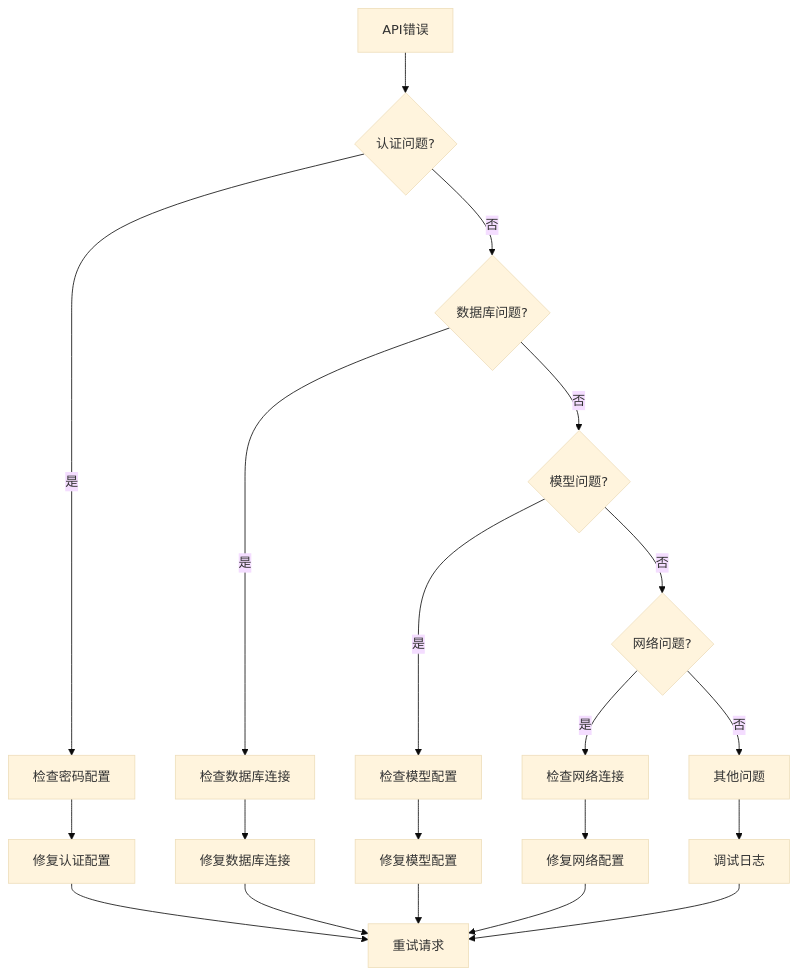
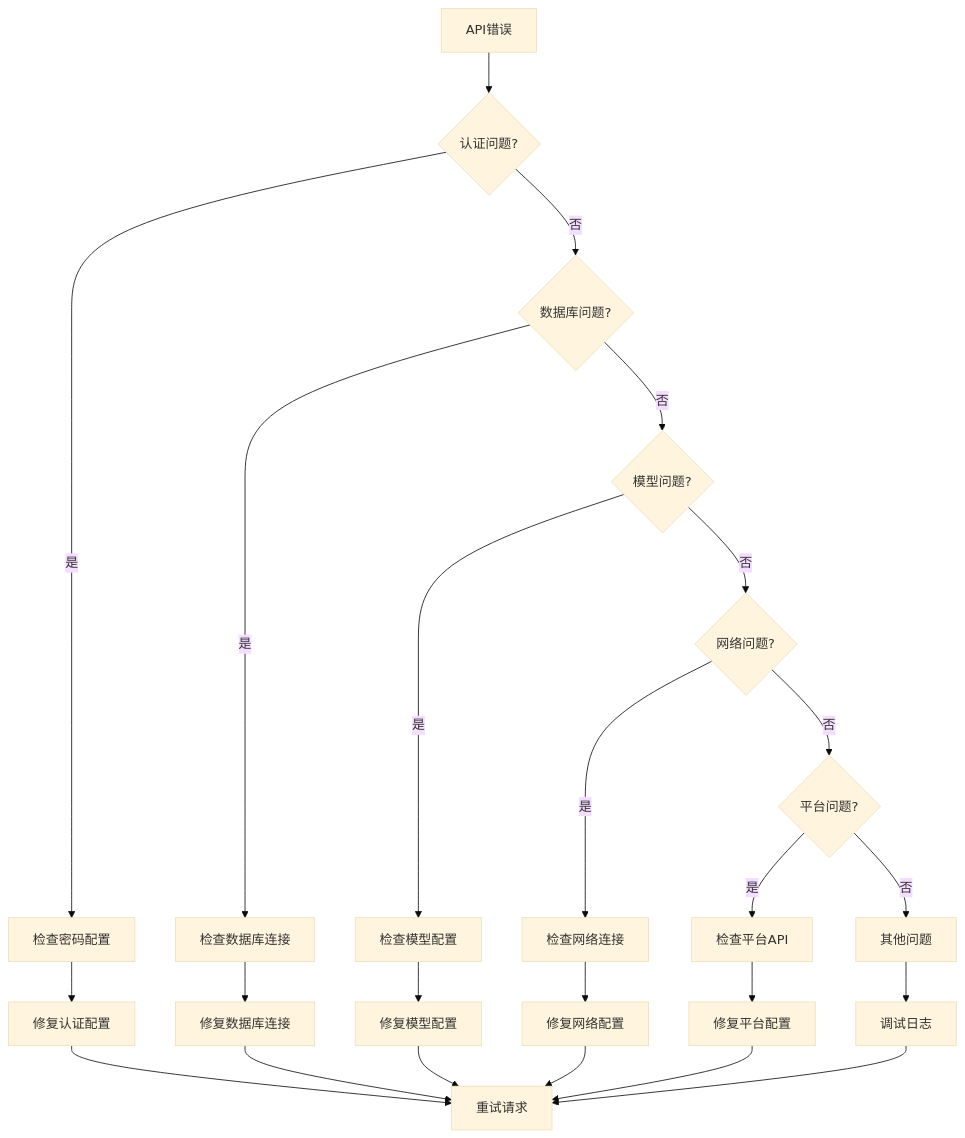
Diagram 17 of 17 in .qoder/repowiki/zh/content/API集成.md (jackeyunjie/open-notebook), drawn with Mermaid (base theme) before and after one commit. The commit also changed other lines of this file and 51 other files, not shown here.

````diff
--- a/.qoder/repowiki/zh/content/API集成.md
+++ b/.qoder/repowiki/zh/content/API集成.md
@@ -465,22 +762,26 @@
 ```mermaid
 flowchart TD
 Error[API错误] --> CheckAuth{认证问题?}
 CheckAuth --> |是| AuthIssue[检查密码配置]
 CheckAuth --> |否| CheckDB{数据库问题?}
 CheckDB --> |是| DBIssue[检查数据库连接]
 CheckDB --> |否| CheckModel{模型问题?}
 CheckModel --> |是| ModelIssue[检查模型配置]
 CheckModel --> |否| CheckNetwork{网络问题?}
 CheckNetwork --> |是| NetworkIssue[检查网络连接]
-CheckNetwork --> |否| OtherIssue[其他问题]
+CheckNetwork --> |否| CheckPlatform{平台问题?}
+CheckPlatform --> |是| PlatformIssue[检查平台API]
+CheckPlatform --> |否| OtherIssue[其他问题]
 AuthIssue --> FixAuth[修复认证配置]
 DBIssue --> FixDB[修复数据库连接]
 ModelIssue --> FixModel[修复模型配置]
 NetworkIssue --> FixNetwork[修复网络配置]
+PlatformIssue --> FixPlatform[修复平台配置]
 OtherIssue --> Debug[调试日志]
 FixAuth --> Retry[重试请求]
 FixDB --> Retry
 FixModel --> Retry
 FixNetwork --> Retry
+FixPlatform --> Retry
 Debug --> Retry
 ```
````
